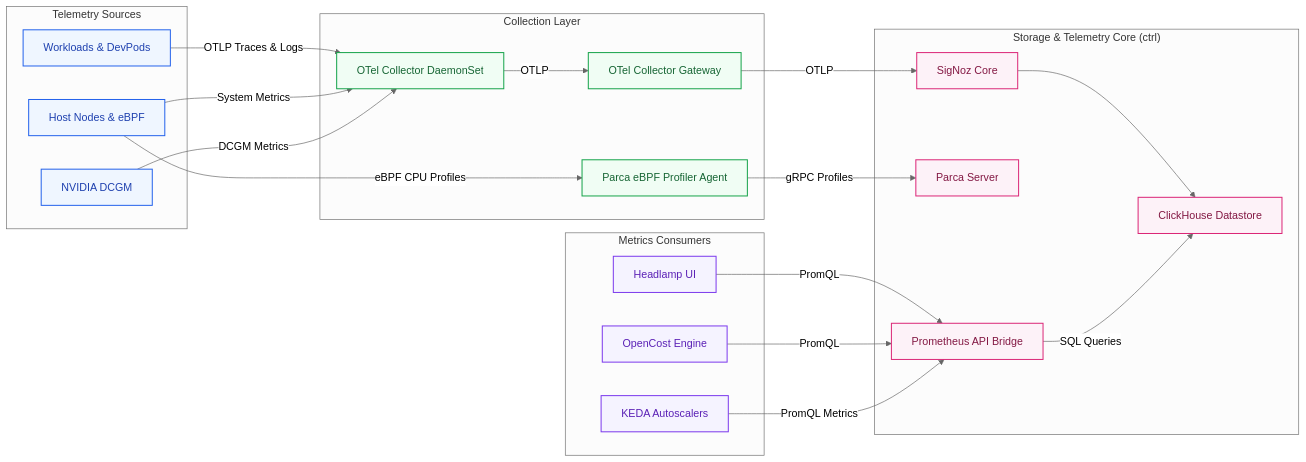
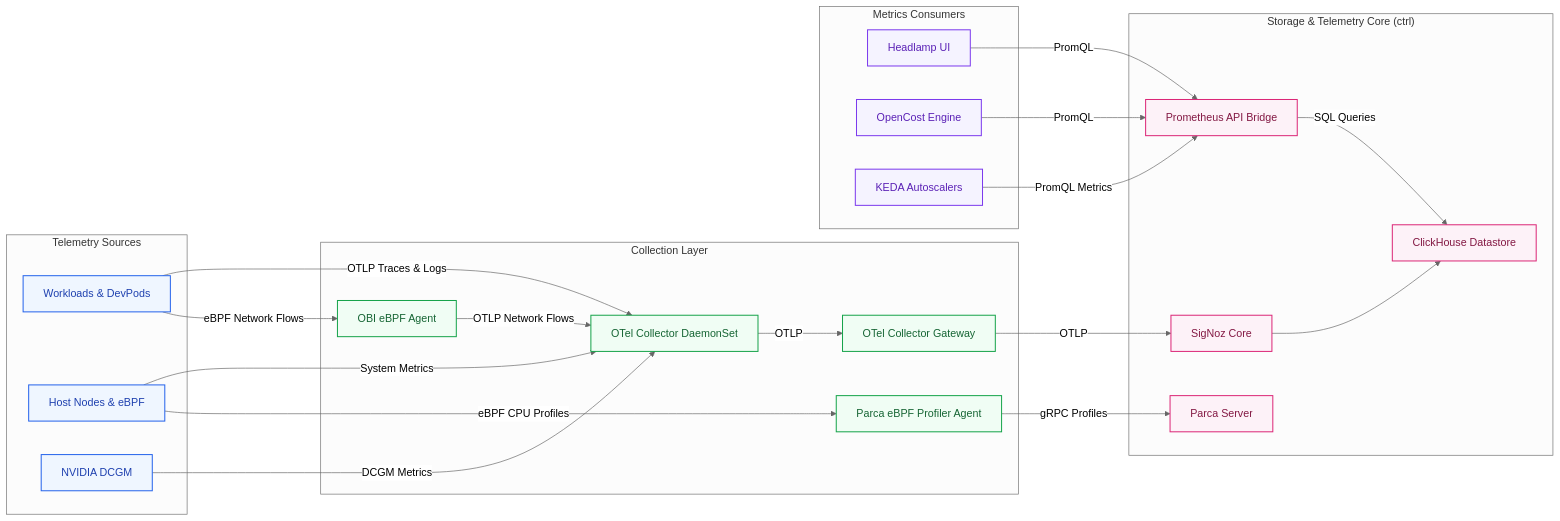
The sixth of 7 diagrams in src/infra/docs/operator.md (simonepri/openplex), drawn with Mermaid (neutral theme) before and after one commit. The commit also changed other lines of this file and 158 other files, not shown here.

Commit message:
fix(platform): vendor helm charts, refresh dependencies, and update documentation

````diff
--- a/src/infra/docs/operator.md
+++ b/src/infra/docs/operator.md
@@ -862,53 +932,56 @@
 ```mermaid
 flowchart LR
     subgraph sources["Telemetry Sources"]
         Pods["Workloads & DevPods"]
         Nodes["Host Nodes & eBPF"]
         GPU["NVIDIA DCGM"]
     end
 
     subgraph collection["Collection Layer"]
         OTelDaemon["OTel Collector DaemonSet"]
         ParcaAgent["Parca eBPF Profiler Agent"]
+        OBIDaemon["OBI eBPF Agent"]
         OTelGate["OTel Collector Gateway"]
     end
 
     subgraph storage["Storage & Telemetry Core (ctrl)"]
         SigNozApp["SigNoz Core"]
         ClickHouseDB["ClickHouse Datastore"]
         ParcaServer["Parca Server"]
         Bridge["Prometheus API Bridge"]
     end
 
     subgraph consumers["Metrics Consumers"]
         HeadlampApp["Headlamp UI"]
         OpenCostApp["OpenCost Engine"]
         KedaApp["KEDA Autoscalers"]
     end
 
     Pods -->|OTLP Traces & Logs| OTelDaemon
+    Pods -->|eBPF Network Flows| OBIDaemon
     Nodes -->|System Metrics| OTelDaemon
     GPU -->|DCGM Metrics| OTelDaemon
     Nodes -->|eBPF CPU Profiles| ParcaAgent
 
+    OBIDaemon -->|OTLP Network Flows| OTelDaemon
     OTelDaemon -->|OTLP| OTelGate
     ParcaAgent -->|gRPC Profiles| ParcaServer
     OTelGate -->|OTLP| SigNozApp
 
     SigNozApp --> ClickHouseDB
     Bridge -->|SQL Queries| ClickHouseDB
 
     HeadlampApp -->|PromQL| Bridge
     OpenCostApp -->|PromQL| Bridge
     KedaApp -->|PromQL Metrics| Bridge
 
     classDef source fill:#eff6ff,stroke:#2563eb,stroke-width:1.5px,color:#1e40af;
     classDef collect fill:#f0fdf4,stroke:#16a34a,stroke-width:1.5px,color:#166534;
     classDef core fill:#fdf2f8,stroke:#db2777,stroke-width:1.5px,color:#831843;
     classDef consumer fill:#f5f3ff,stroke:#7c3aed,stroke-width:1.5px,color:#5b21b6;
 
     class Pods,Nodes,GPU source;
-    class OTelDaemon,ParcaAgent,OTelGate collect;
+    class OTelDaemon,ParcaAgent,OBIDaemon,OTelGate collect;
     class SigNozApp,ClickHouseDB,ParcaServer,Bridge core;
     class HeadlampApp,OpenCostApp,KedaApp consumer;
 ```
````
